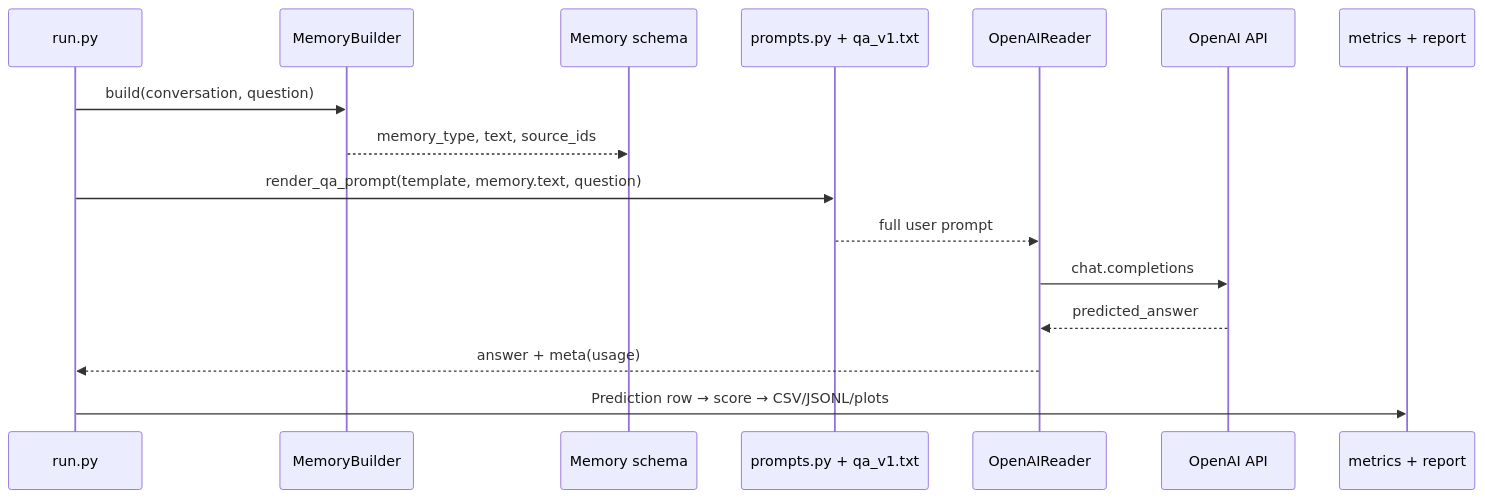
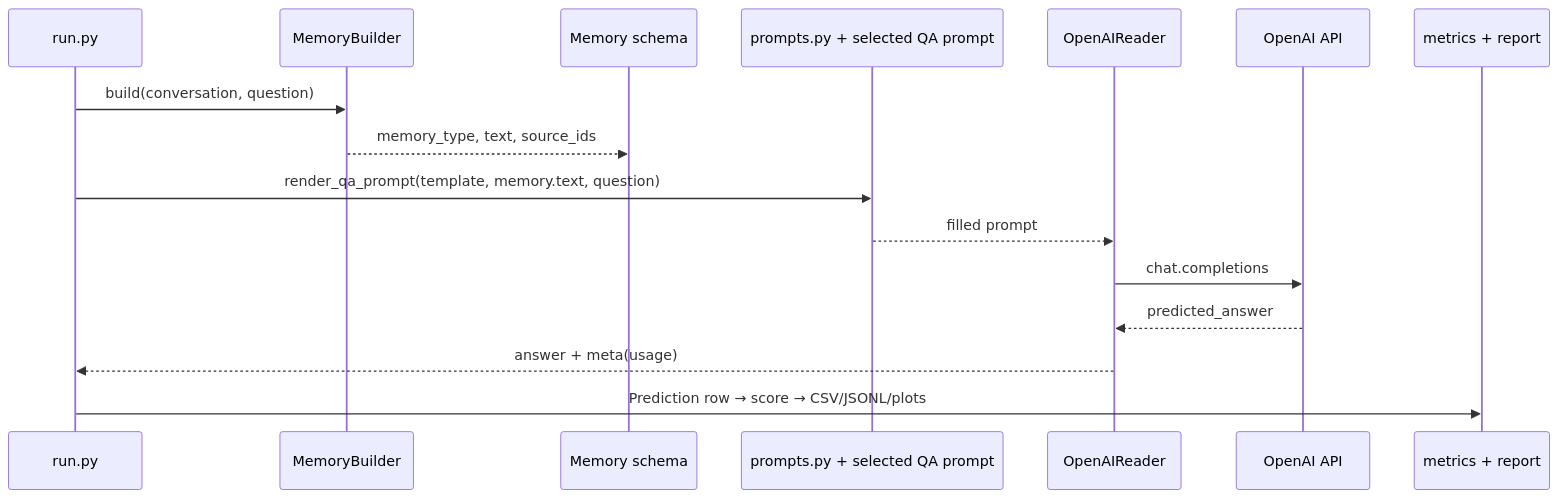
Before and after one commit to park-jsdev/long-term-memory-eval: the fourth of 4 diagrams in README.md, drawn with Mermaid. The commit also changed other lines of this file and 54 other files, not shown here.

````diff
--- a/README.md
+++ b/README.md
@@ -171,19 +171,19 @@
 ```mermaid
 sequenceDiagram
   participant Run as run.py
   participant MB as MemoryBuilder
   participant Mem as Memory schema
-  participant Pr as prompts.py + qa_v1.txt
+  participant Pr as prompts.py + selected QA prompt
   participant Rd as OpenAIReader
   participant API as OpenAI API
   participant Sc as metrics + report
 
   Run->>MB: build(conversation, question)
   MB-->>Mem: memory_type, text, source_ids
   Run->>Pr: render_qa_prompt(template, memory.text, question)
-  Pr-->>Rd: full user prompt
+  Pr-->>Rd: filled prompt
   Rd->>API: chat.completions
   API-->>Rd: predicted_answer
   Rd-->>Run: answer + meta(usage)
   Run->>Sc: Prediction row → score → CSV/JSONL/plots
 ```
````
